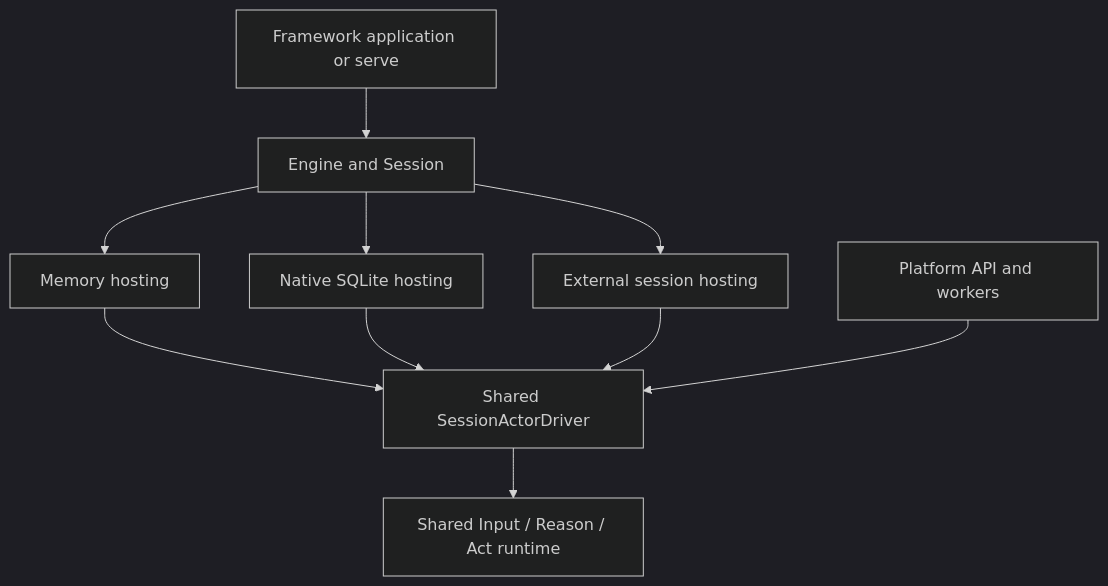
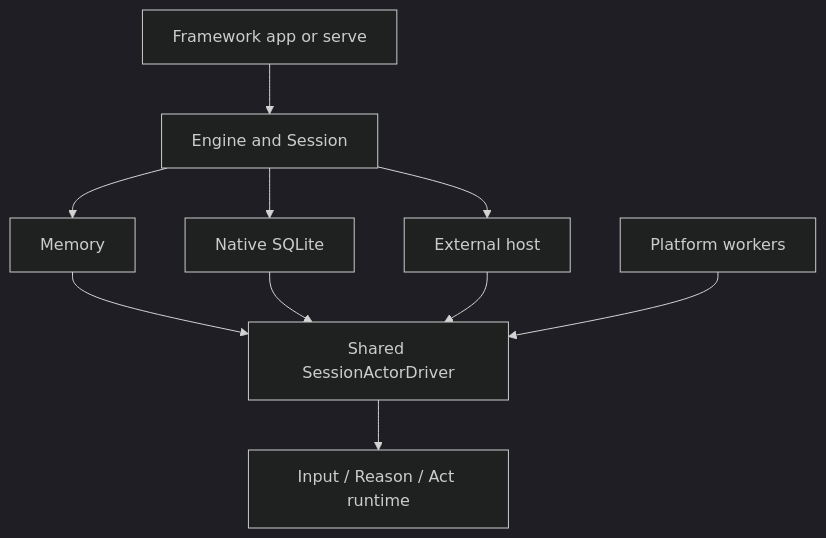
One commit to everruns/everruns changed the diagram in docs/framework/architecture.md. Above: the diagram before and after it, drawn with Mermaid (dark theme). The commit also changed 11 other files, not shown here.

First line of the commit message:
docs: fit prompts and diagrams to the page, add Framework integrations page (#5377)

````diff
--- a/docs/framework/architecture.md
+++ b/docs/framework/architecture.md
@@ -12,12 +12,12 @@
 ```mermaid
 flowchart TD
-  App[Framework application or serve] --> Engine[Engine and Session]
-  Engine --> Memory[Memory hosting]
-  Engine --> SQLite[Native SQLite hosting]
-  Engine --> External[External session hosting]
+  App[Framework app or serve] --> Engine[Engine and Session]
+  Engine --> Memory[Memory]
+  Engine --> SQLite[Native SQLite]
+  Engine --> External[External host]
   Memory --> Driver[Shared SessionActorDriver]
   SQLite --> Driver
   External --> Driver
-  Platform[Platform API and workers] --> Driver
-  Driver --> Runtime[Shared Input / Reason / Act runtime]
+  Platform[Platform workers] --> Driver
+  Driver --> Runtime[Input / Reason / Act runtime]
 ```
````
